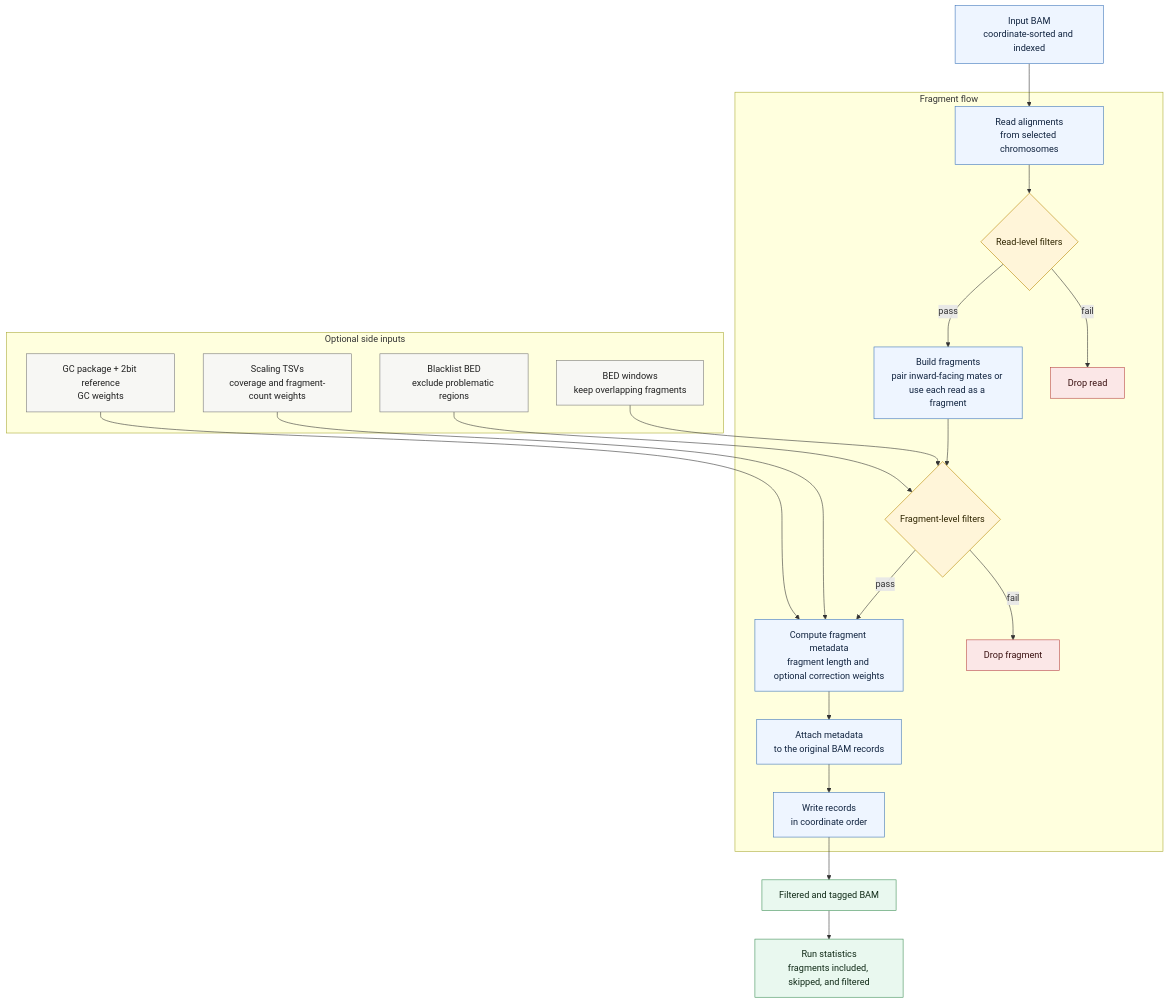
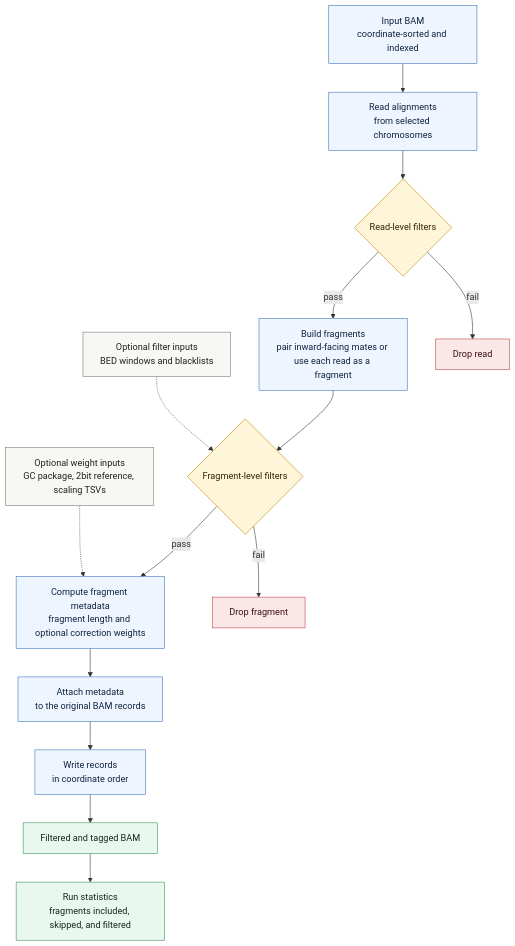
One commit to BesenbacherLab/cfDNAlab changed the diagram in plans_and_specs/command_pipelines/bam-to-bam.md. Above: the diagram before and after it, drawn with Mermaid.

````diff
--- a/plans_and_specs/command_pipelines/bam-to-bam.md
+++ b/plans_and_specs/command_pipelines/bam-to-bam.md
@@ -7,50 +7,37 @@
 ```mermaid
 flowchart TD
     input["Input BAM<br/>coordinate-sorted and indexed"]
     reads["Read alignments<br/>from selected chromosomes"]
+    read_filter{"Read-level filters"}
+    assemble["Build fragments<br/>pair inward-facing mates or use each read as a fragment"]
+    fragment_filter{"Fragment-level filters"}
+    weight["Compute fragment metadata<br/>fragment length and optional correction weights"]
+    tag_records["Attach metadata<br/>to the original BAM records"]
+    sort_records["Write records<br/>in coordinate order"]
+    final_bam["Filtered and tagged BAM"]
+    stats["Run statistics<br/>fragments included, skipped, and filtered"]
 
-    subgraph side_inputs["Optional side inputs"]
-        windows["BED windows<br/>keep overlapping fragments"]
-        blacklist["Blacklist BED<br/>exclude problematic regions"]
-        scaling["Scaling TSVs<br/>coverage and fragment-count weights"]
-        gc["GC package + 2bit reference<br/>GC weights"]
-    end
+    filter_inputs["Optional filter inputs<br/>BED windows and blacklists"]
+    weight_inputs["Optional weight inputs<br/>GC package, 2bit reference, scaling TSVs"]
 
-    input --> reads
+    input --> reads --> read_filter
+    read_filter -- "pass" --> assemble --> fragment_filter
+    read_filter -- "fail" --> dropped_read["Drop read"]
+    fragment_filter -- "pass" --> weight --> tag_records --> sort_records --> final_bam --> stats
+    fragment_filter -- "fail" --> dropped_fragment["Drop fragment"]
 
-    subgraph fragment_flow["Fragment flow"]
-        read_filter{"Read-level filters"}
-        assemble["Build fragments<br/>pair inward-facing mates or use each read as a fragment"]
-        fragment_filter{"Fragment-level filters"}
-        weight["Compute fragment metadata<br/>fragment length and optional correction weights"]
-        tag_records["Attach metadata<br/>to the original BAM records"]
-        sort_records["Write records<br/>in coordinate order"]
-
-        reads --> read_filter
-        read_filter -- "pass" --> assemble
-        read_filter -- "fail" --> dropped_read["Drop read"]
-        assemble --> fragment_filter
-        fragment_filter -- "pass" --> weight --> tag_records --> sort_records
-        fragment_filter -- "fail" --> dropped_fragment["Drop fragment"]
-    end
-
-    windows --> fragment_filter
-    blacklist --> fragment_filter
-    scaling --> weight
-    gc --> weight
-
-    sort_records --> final_bam["Filtered and tagged BAM"]
-    final_bam --> stats["Run statistics<br/>fragments included, skipped, and filtered"]
+    filter_inputs -.-> fragment_filter
+    weight_inputs -.-> weight
 
     classDef core fill:#eef5ff,stroke:#3b73b9,color:#10233f;
     classDef optional fill:#f7f7f4,stroke:#777,color:#202020;
     classDef decision fill:#fff5d9,stroke:#b88700,color:#2f2500;
     classDef drop fill:#fbe7e7,stroke:#b84545,color:#3a1111;
     classDef output fill:#e9f8ef,stroke:#3e8f57,color:#102a17;
 
     class input,reads,assemble,weight,tag_records,sort_records core;
-    class windows,blacklist,scaling,gc optional;
+    class filter_inputs,weight_inputs optional;
     class read_filter,fragment_filter decision;
     class dropped_read,dropped_fragment drop;
     class final_bam,stats output;
 ```
````
